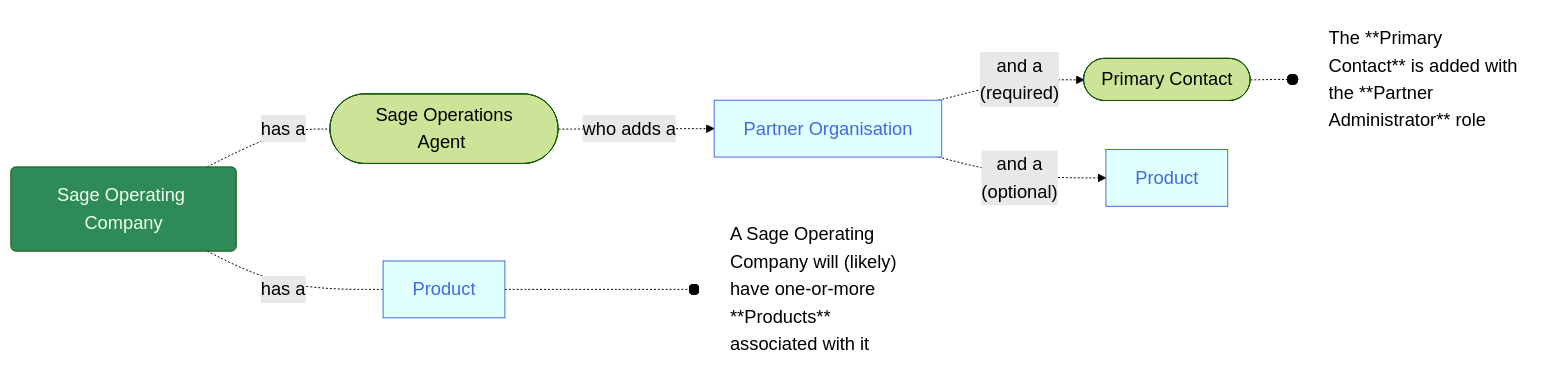
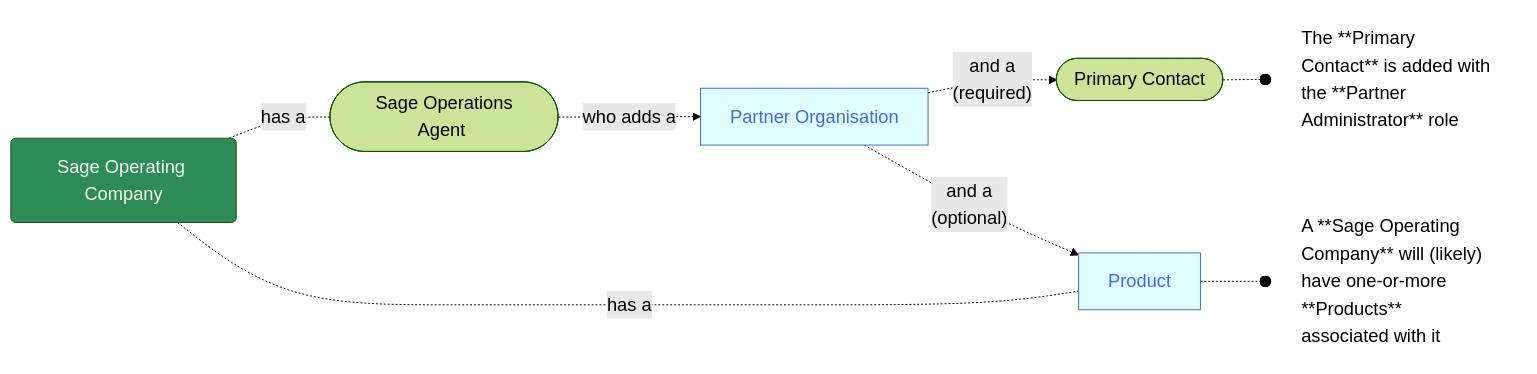
One commit to joe-dorward/samples changed the diagram in 2025_Sage/01_Scenario - Partner organisation.mdx. Above: the diagram before and after it, drawn with Mermaid.

Commit message:
Update 01_Scenario - Partner organisation.mdx

````diff
--- a/2025_Sage/01_Scenario - Partner organisation.mdx
+++ b/2025_Sage/01_Scenario - Partner organisation.mdx
@@ -2,31 +2,34 @@
 ```mermaid
 %%{
   init: {
     'theme': 'forest',
     'themeVariables': {
       'fontSize':'14pt'
     }
   }
 }%%
 flowchart LR
   classDef Sage fill:seagreen, color:honeydew;
   classDef Noun fill:lightcyan, stroke:royalblue, color:royalblue;
   classDef Note fill:white, stroke:white, text-align:left;
 
   SAGE_OPERATING_COMPANY_01(Sage Operating Company)-.has a.-
   SAGE_OPERATIONS_AGENT_01([&nbsp;Sage Operations Agent&nbsp;])-.who adds a.->
   PARTNER_ORGANISATION_01[Partner Organisation]-.and a<br/>(required).->
   PRIMARY_CONTACT_01([&nbsp;Primary Contact&nbsp;])-.-o
   PRIMARY_CONTACT_01_NOTE[The **Primary Contact** is added with the **Partner Administrator** role]
 
   SAGE_OPERATING_COMPANY_01-.has a.-
   PRODUCT_01["Product"]-.-o
-  PRODUCT_01_NOTE["A Sage Operating Company will (likely) have one-or-more **Products** associated with it"]
+  PRODUCT_01_NOTE["A **Sage Operating Company** will (likely) have one-or-more **Products** associated with it"]
 
   PARTNER_ORGANISATION_01-.and a<br/>(optional).->
-  PRODUCT_03[Product]
+  PRODUCT_01[Product]
+
+  %%PRODUCT_01-.-
+  %%PRODUCT_02
 
   class SAGE_OPERATING_COMPANY_01 Sage
-  class PARTNER_ORGANISATION_01,PRODUCT_01,PRODUCT_02,PRODUCT_03 Noun
+  class PARTNER_ORGANISATION_01,PRODUCT_01,PRODUCT_02 Noun
   class PRIMARY_CONTACT_01_NOTE,PRODUCT_01_NOTE Note
 ```
````
